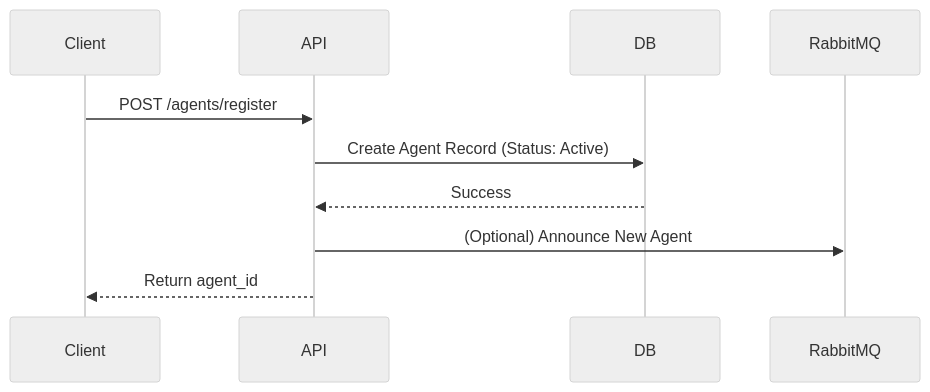
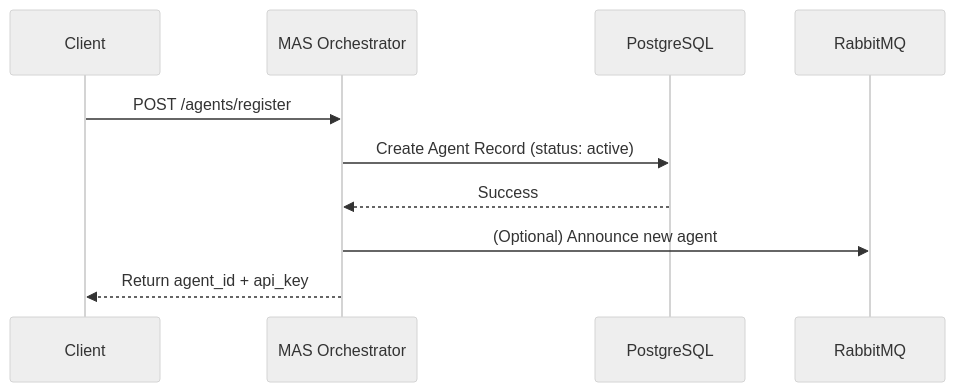
Before and after one commit to Horus-EIP/horus: the fifth of 7 diagrams in docs/architecture.md, drawn with Mermaid (neutral theme). The commit also changed other lines of this file and 861 other files, not shown here.

````diff
--- a/docs/architecture.md
+++ b/docs/architecture.md
@@ -122,13 +322,13 @@
 ```mermaid
 sequenceDiagram
     participant Client
-    participant API
-    participant DB
+    participant API as MAS Orchestrator
+    participant DB as PostgreSQL
     participant RabbitMQ
 
     Client->>API: POST /agents/register
-    API->>DB: Create Agent Record (Status: Active)
+    API->>DB: Create Agent Record (status: active)
     DB-->>API: Success
-    API->>RabbitMQ: (Optional) Announce New Agent
-    API-->>Client: Return agent_id
+    API->>RabbitMQ: (Optional) Announce new agent
+    API-->>Client: Return agent_id + api_key
 ```
````
